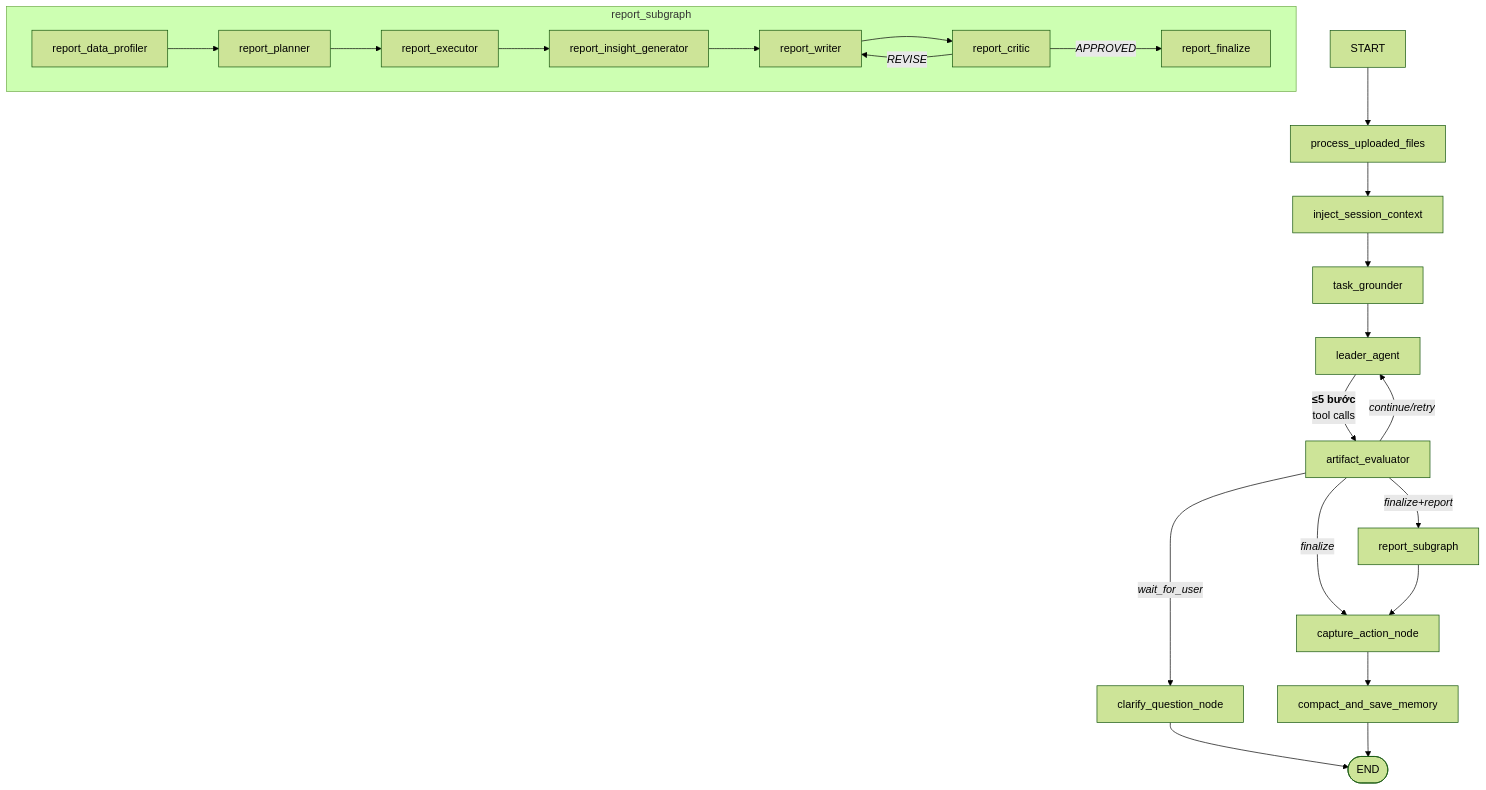
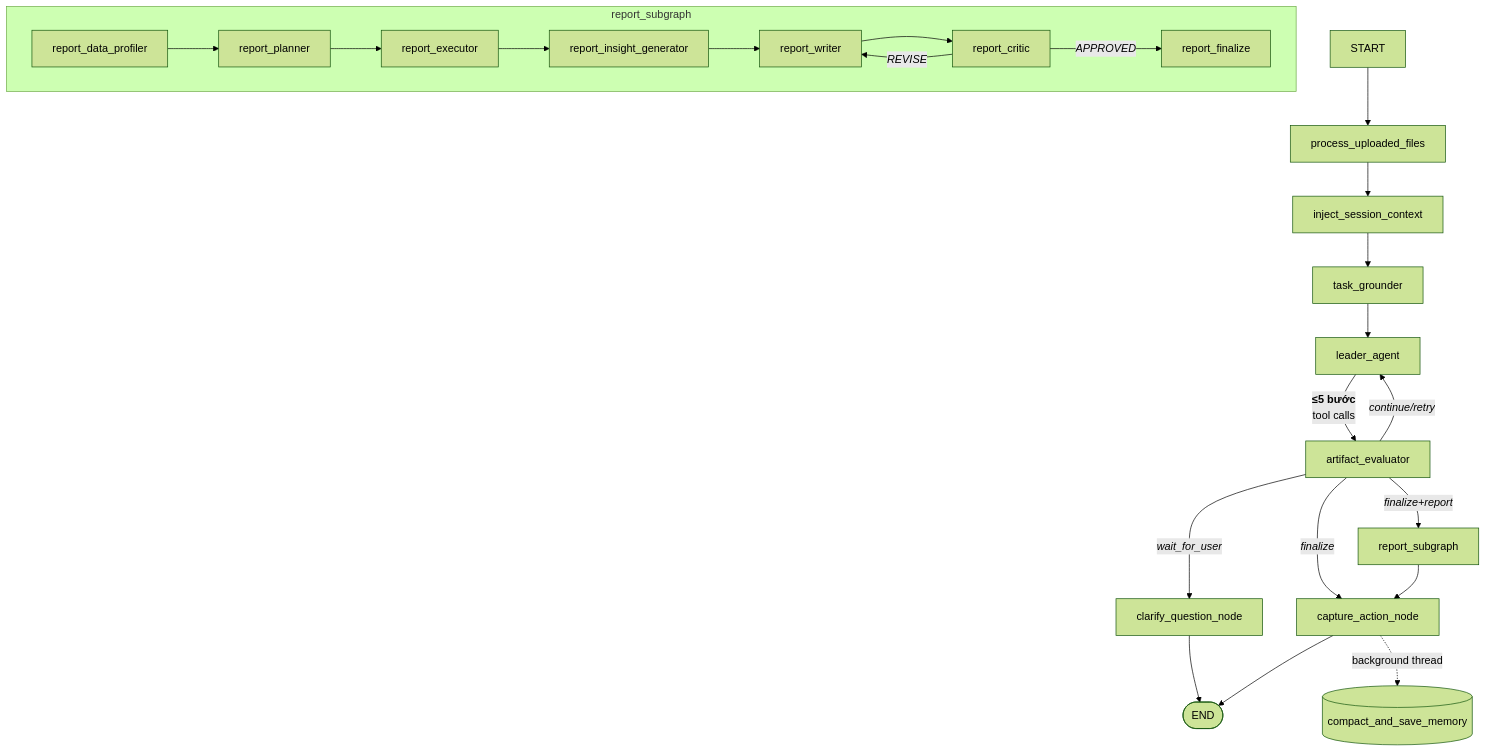
One commit to thangquang09/da-agent-project changed the first of 2 diagrams in docs/thangquang09/01_architecture.md. Above: the diagram before and after it, drawn with Mermaid (forest theme). The commit also changed other lines of this file and 3 other files, not shown here.

````diff
--- a/docs/thangquang09/01_architecture.md
+++ b/docs/thangquang09/01_architecture.md
@@ -37,26 +38,26 @@
 ```mermaid
 flowchart TD
     START --> PROCESS[process_uploaded_files]
     PROCESS --> INJECT[inject_session_context]
     INJECT --> GROUND[task_grounder]
     GROUND --> LEADER[leader_agent]
     LEADER -->|<b>≤5 bước</b><br/>tool calls| EVAL[artifact_evaluator]
     EVAL -->|<i>continue/retry</i>| LEADER
     EVAL -->|<i>wait_for_user</i>| CLARIFY[clarify_question_node]
     EVAL -->|<i>finalize+report</i>| REPORT[report_subgraph]
     EVAL -->|<i>finalize</i>| CAPTURE[capture_action_node]
     CLARIFY --> END([END])
     REPORT --> CAPTURE
-    CAPTURE --> MEMORY[compact_and_save_memory]
-    MEMORY --> END
+    CAPTURE --> END
+    CAPTURE -.->|background thread| MEMORY[(compact_and_save_memory)]
 
     subgraph report_subgraph
         PROF2[report_data_profiler] --> PLAN[report_planner]
         PLAN --> EXEC[report_executor]
         EXEC --> INSIGHT[report_insight_generator]
         INSIGHT --> WRITE[report_writer]
         WRITE --> CRITIC[report_critic]
         CRITIC -->|<i>REVISE</i>| WRITE
         CRITIC -->|<i>APPROVED</i>| FINAL[report_finalize]
     end
 ```
````
